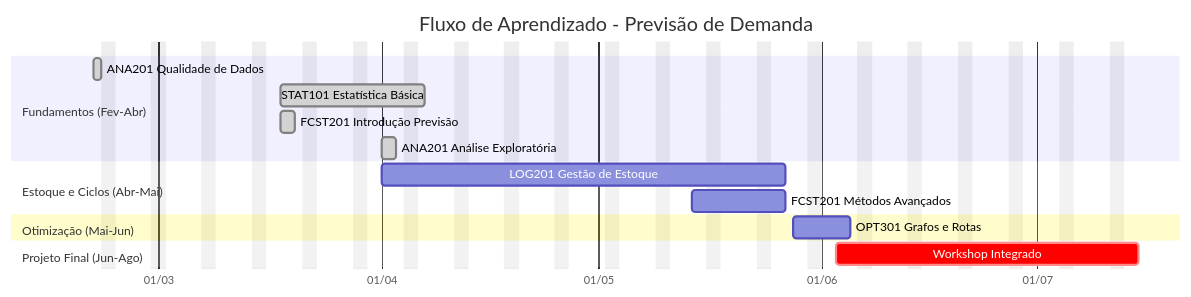
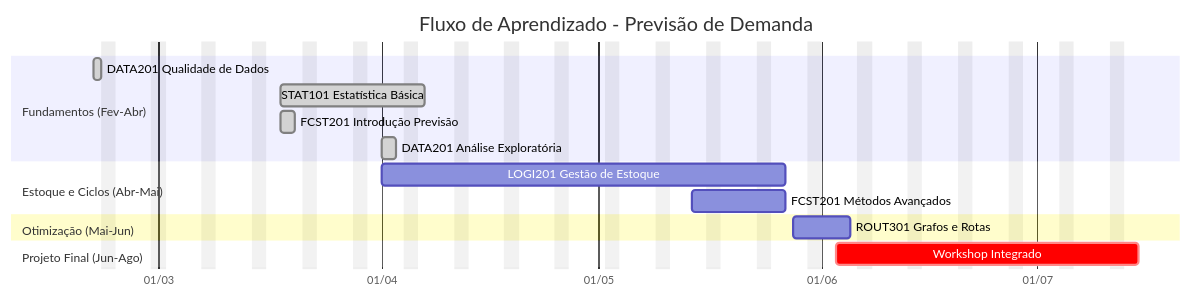
One commit to IEFA-FAB/iefa-classes changed the diagram in content/docs/cpaint/previsao-demanda/cronograma.mdx. Above: the diagram before and after it, drawn with Mermaid. The commit also changed other lines of this file and 25 other files, not shown here.

````diff
--- a/content/docs/cpaint/previsao-demanda/cronograma.mdx
+++ b/content/docs/cpaint/previsao-demanda/cronograma.mdx
@@ -11,23 +11,23 @@
 ```mermaid
 gantt
     title Fluxo de Aprendizado - Previsão de Demanda
     dateFormat YYYY-MM-DD
     axisFormat %d/%m
     excludes weekends
 
     section Fundamentos (Fev-Abr)
-    ANA201 Qualidade de Dados               :done, qd, 2026-02-20, 1d
+    DATA201 Qualidade de Dados               :done, qd, 2026-02-20, 1d
     STAT101 Estatística Básica              :done, stat, 2026-03-18, 14d
     FCST201 Introdução Previsão             :done, fcst1, 2026-03-18, 2d
-    ANA201 Análise Exploratória             :done, ana, 2026-04-01, 2d
+    DATA201 Análise Exploratória             :done, ana, 2026-04-01, 2d
 
     section Estoque e Ciclos (Abr-Mai)
-    LOG201 Gestão de Estoque                :log, 2026-04-01, 40d
+    LOGI201 Gestão de Estoque                :log, 2026-04-01, 40d
     FCST201 Métodos Avançados               :fcst2, 2026-05-14, 9d
 
     section Otimização (Mai-Jun)
-    OPT301 Grafos e Rotas                   :opt, 2026-05-28, 6d
+    ROUT301 Grafos e Rotas                   :opt, 2026-05-28, 6d
 
     section Projeto Final (Jun-Ago)
     Workshop Integrado                      :crit, proj, 2026-06-03, 30d
 ```
````
